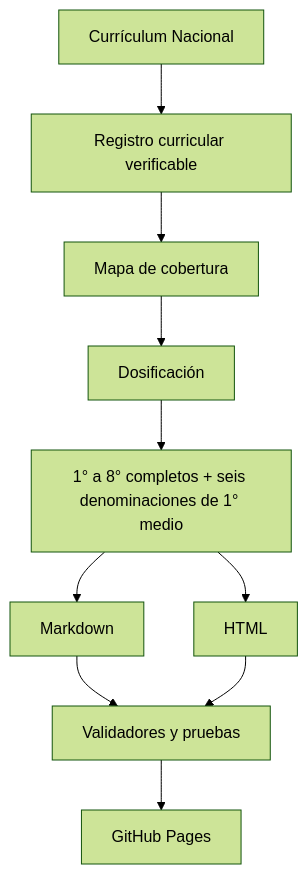
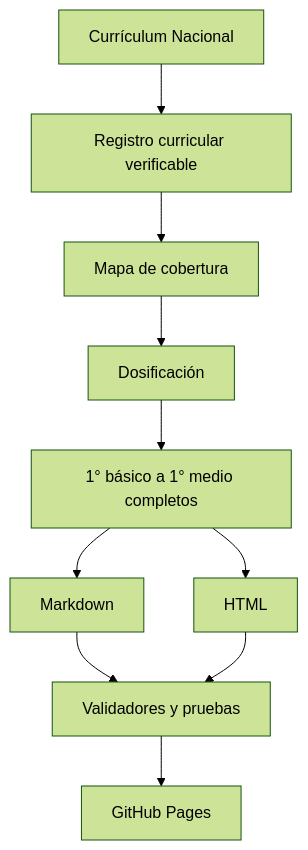
Before and after one commit to vladimiracunadev-create/chilean-school-learning-path: the second of 2 diagrams in README.md, drawn with Mermaid (forest theme). The commit also changed other lines of this file and 180 other files, not shown here.

````diff
--- a/README.md
+++ b/README.md
@@ -452,12 +457,12 @@
 ```mermaid
 flowchart TD
     A[Currículum Nacional] --> B[Registro curricular verificable]
     B --> C[Mapa de cobertura]
     C --> D[Dosificación]
-    D --> E[1° a 8° completos + seis denominaciones de 1° medio]
+    D --> E[1° básico a 1° medio completos]
     E --> F[Markdown]
     E --> G[HTML]
     F --> H[Validadores y pruebas]
     G --> H
     H --> I[GitHub Pages]
 ```
````
